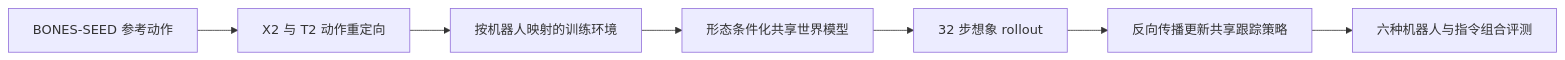
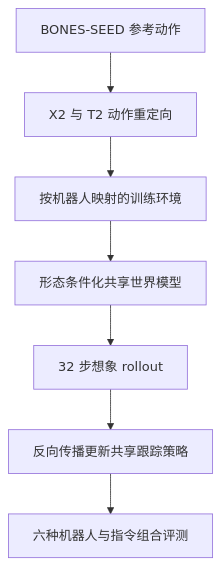
One commit to ImChong/Robotics_Notebooks changed the first of 2 diagrams in wiki/entities/paper-morphmimic.md. Above: the diagram before and after it, drawn with Mermaid.

Commit message:
docs(wiki): 调整 MorphMimic 流程图布局

````diff
--- a/wiki/entities/paper-morphmimic.md
+++ b/wiki/entities/paper-morphmimic.md
@@ -51,9 +51,9 @@
 ```mermaid
-flowchart LR
+flowchart TB
   data["BONES-SEED 参考动作"] --> retarget["X2 与 T2 动作重定向"]
   retarget --> model["按机器人映射的训练环境"]
   model --> wm["形态条件化共享世界模型"]
   wm --> rollout["32 步想象 rollout"]
   rollout --> update["反向传播更新共享跟踪策略"]
   update --> eval["六种机器人与指令组合评测"]
 ```
````
